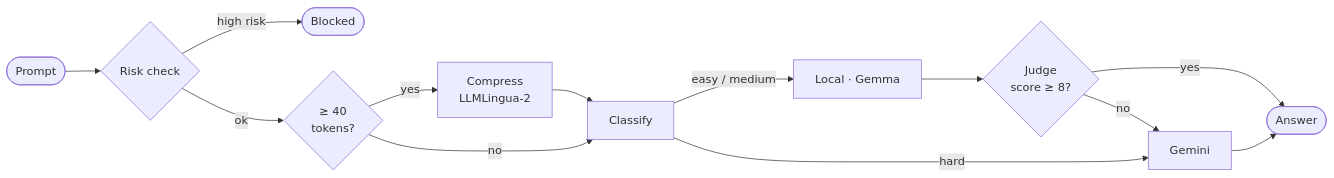
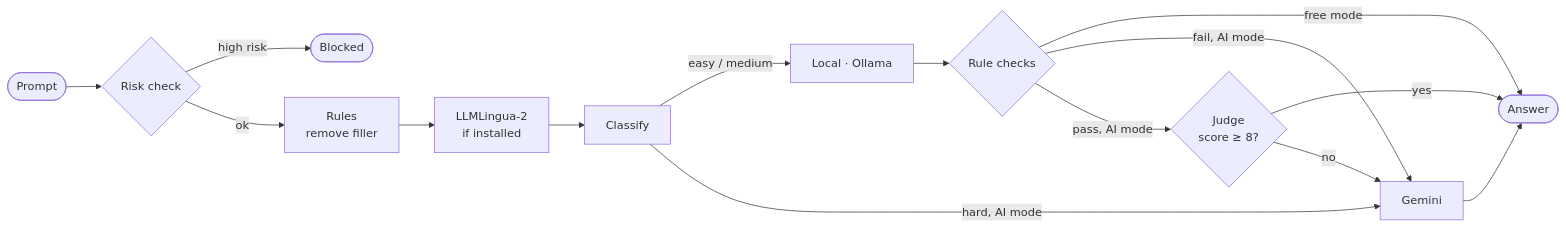
Before and after one commit to inslot2525-ctrl/Tokeniser: the diagram in README.md, drawn with Mermaid. The commit also changed other lines of this file and 2 other files, not shown here.

First line of the commit message:
README: document free/AI modes, local compression results, new screenshots

````diff
--- a/README.md
+++ b/README.md
@@ -33,15 +57,17 @@
 ```mermaid
 flowchart LR
     P([Prompt]) --> R{Risk check}
     R -- high risk --> B([Blocked])
-    R -- ok --> PL{≥ 40<br>tokens?}
-    PL -- yes --> RW[Compress<br>LLMLingua-2]
-    PL -- no --> C
-    RW --> C[Classify]
-    C -- easy / medium --> L[Local · Gemma]
-    C -- hard --> G[Gemini]
-    L --> V{Judge<br>score ≥ 8?}
-    V -- yes --> O([Answer])
-    V -- no --> G
+    R -- ok --> CR[Rules<br>remove filler]
+    CR --> CL[LLMLingua-2<br>if installed]
+    CL --> C[Classify]
+    C -- easy / medium --> L[Local · Ollama]
+    C -- hard, AI mode --> G[Gemini]
+    L --> K{Rule checks}
+    K -- free mode --> O([Answer])
+    K -- fail, AI mode --> G
+    K -- pass, AI mode --> J{Judge<br>score ≥ 8?}
+    J -- yes --> O
+    J -- no --> G
     G --> O
 ```
````
